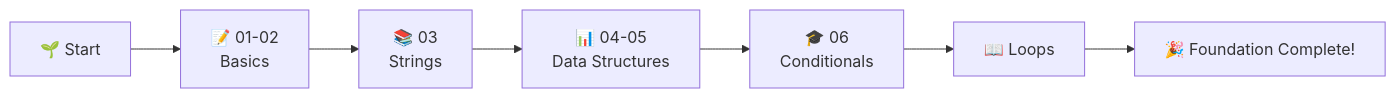
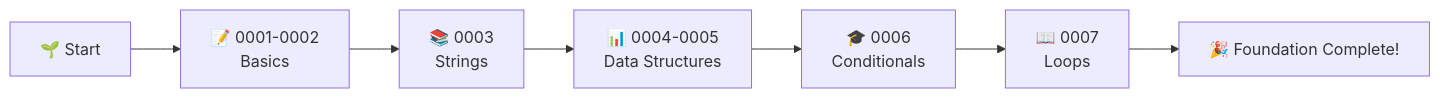
The diagram in readme.md (ranichandnirani/Complete-Python), drawn with Mermaid before and after one commit. The commit also changed other lines of this file and 39 other files, not shown here.

````diff
--- a/readme.md
+++ b/readme.md
@@ -180,9 +180,9 @@
 ```mermaid
 graph LR
-    A[🌱 Start] --> B[📝 01-02<br/>Basics]
-    B --> C[📚 03<br/>Strings]
-    C --> D[📊 04-05<br/>Data Structures]
-    D --> E[🎓 06<br/>Conditionals]
-    E --> F[📖 Loops]
+    A[🌱 Start] --> B[📝 0001-0002<br/>Basics]
+    B --> C[📚 0003<br/>Strings]
+    C --> D[📊 0004-0005<br/>Data Structures]
+    D --> E[🎓 0006<br/>Conditionals]
+    E --> F[📖 0007<br/>Loops]
     F --> G[🎉 Foundation Complete!]
 ```
````
